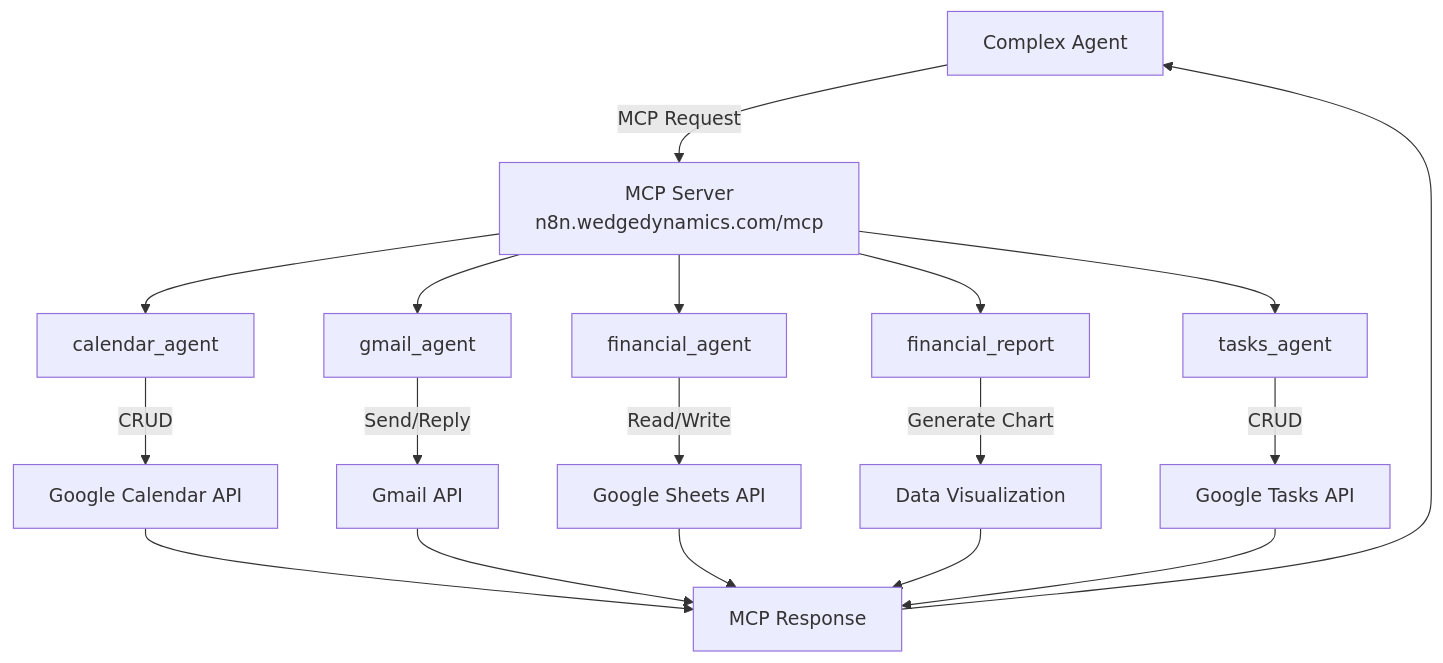
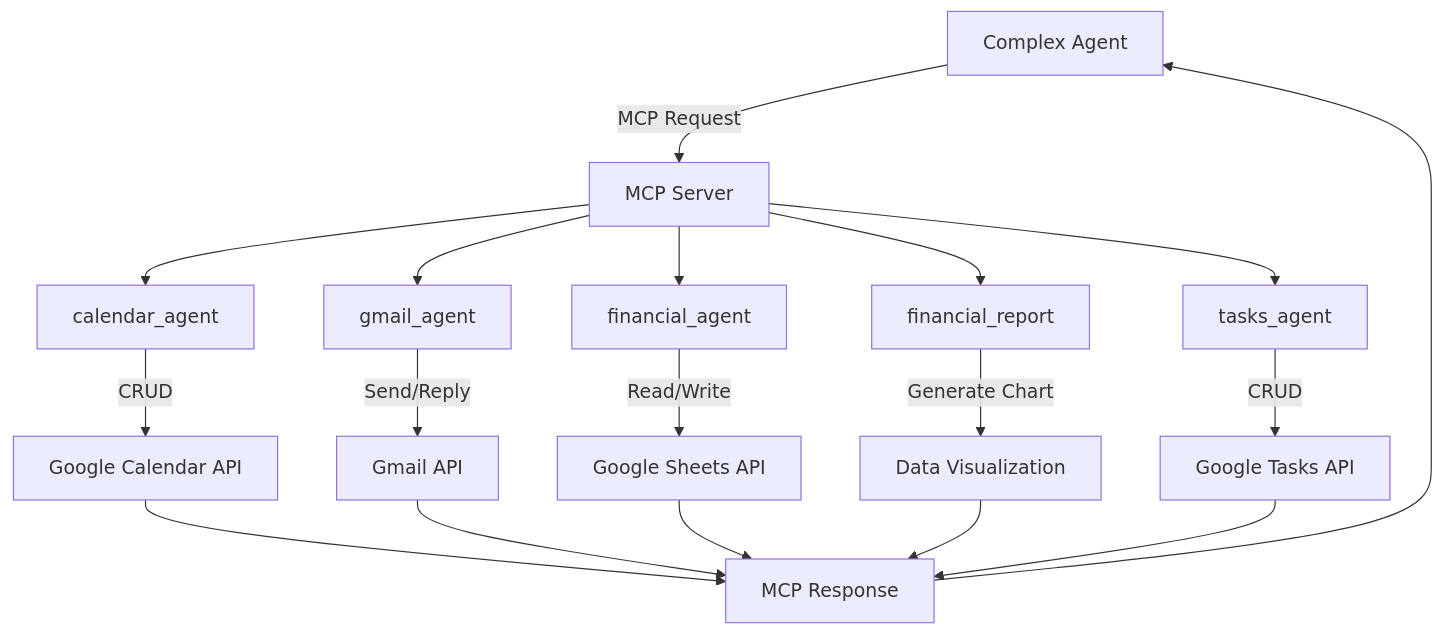
One commit to woakes070048/agentic-productivity-system-with-mcp changed the sixth of 7 diagrams in README.md. Above: the diagram before and after it, drawn with Mermaid. The commit also changed other lines of this file, not shown here.

````diff
--- a/README.md
+++ b/README.md
@@ -384,24 +345,24 @@
 ```mermaid
 graph TB
-    AGENT[Complex Agent] -->|MCP Request| SERVER[MCP Server<br/>n8n.wedgedynamics.com/mcp]
+    AGENT[Complex Agent] -->|MCP Request| SERVER[MCP Server]
     
     SERVER --> CAL[calendar_agent]
     SERVER --> MAIL[gmail_agent]
     SERVER --> FIN[financial_agent]
     SERVER --> REPORT[financial_report]
     SERVER --> TASK[tasks_agent]
     
     CAL -->|CRUD| GCAL[Google Calendar API]
     MAIL -->|Send/Reply| GMAIL[Gmail API]
     FIN -->|Read/Write| SHEETS[Google Sheets API]
     REPORT -->|Generate Chart| VIZ[Data Visualization]
     TASK -->|CRUD| GTASKS[Google Tasks API]
     
     GCAL --> RESPONSE[MCP Response]
     GMAIL --> RESPONSE
     SHEETS --> RESPONSE
     VIZ --> RESPONSE
     GTASKS --> RESPONSE
     
     RESPONSE --> AGENT
 ```
````
